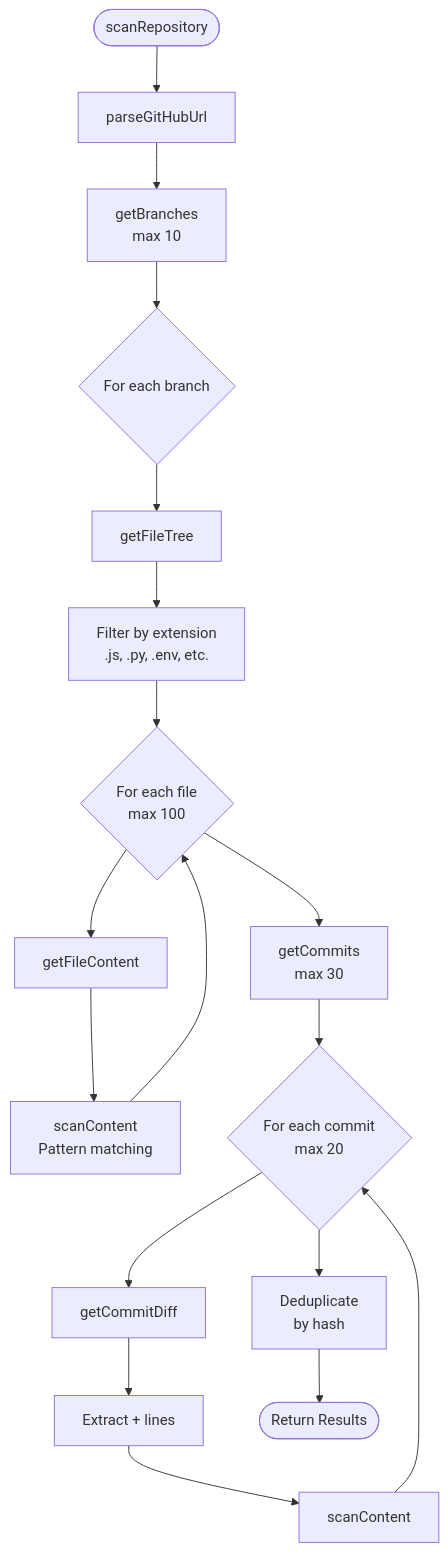
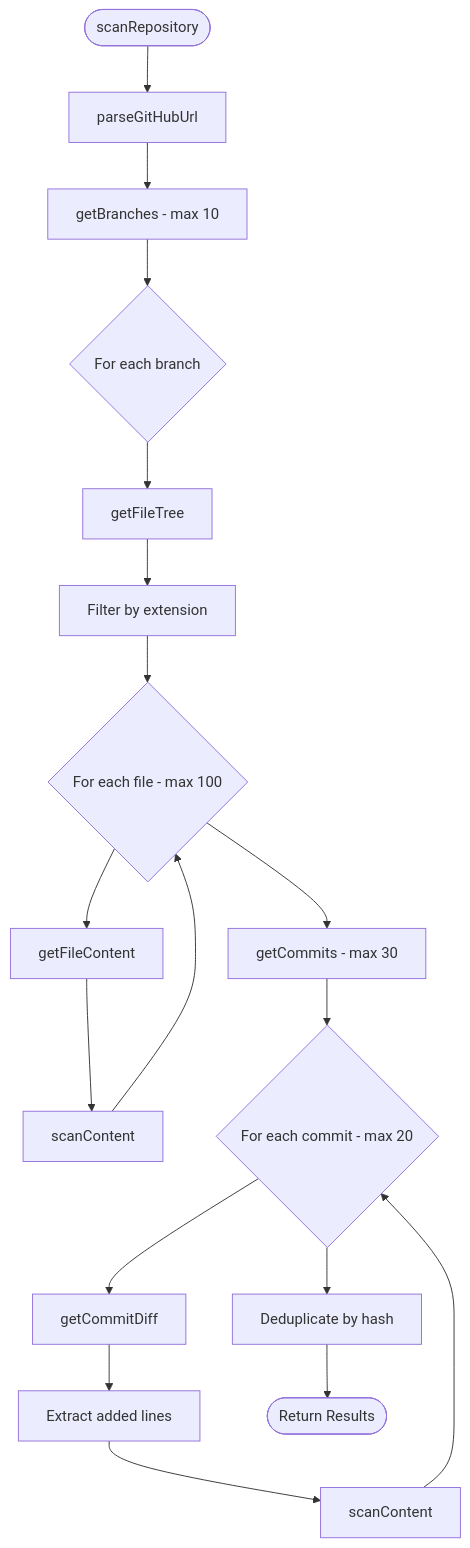
Before and after one commit to alamshoaib134/git-secret-scanner: the fifth of 18 diagrams in architecture/LLD.md, drawn with Mermaid. The commit also changed other lines of this file and 1 other file, not shown here.

First line of the commit message:
Fix Mermaid syntax errors in architecture diagrams

````diff
--- a/architecture/LLD.md
+++ b/architecture/LLD.md
@@ -162,24 +157,24 @@
 ```mermaid
 flowchart TD
-    START([scanRepository]) --> PARSE[parseGitHubUrl]
-    PARSE --> BRANCHES[getBranches<br/>max 10]
+    START(["scanRepository"]) --> PARSE["parseGitHubUrl"]
+    PARSE --> BRANCHES["getBranches - max 10"]
     
-    BRANCHES --> LOOP1{For each branch}
-    LOOP1 --> TREE[getFileTree]
-    TREE --> FILTER[Filter by extension<br/>.js, .py, .env, etc.]
+    BRANCHES --> LOOP1{"For each branch"}
+    LOOP1 --> TREE["getFileTree"]
+    TREE --> FILTER["Filter by extension"]
     
-    FILTER --> LOOP2{For each file<br/>max 100}
-    LOOP2 --> CONTENT[getFileContent]
-    CONTENT --> SCAN1[scanContent<br/>Pattern matching]
+    FILTER --> LOOP2{"For each file - max 100"}
+    LOOP2 --> CONTENT["getFileContent"]
+    CONTENT --> SCAN1["scanContent"]
     SCAN1 --> LOOP2
     
-    LOOP2 --> COMMITS[getCommits<br/>max 30]
-    COMMITS --> LOOP3{For each commit<br/>max 20}
-    LOOP3 --> DIFF[getCommitDiff]
-    DIFF --> ADDED[Extract + lines]
-    ADDED --> SCAN2[scanContent]
+    LOOP2 --> COMMITS["getCommits - max 30"]
+    COMMITS --> LOOP3{"For each commit - max 20"}
+    LOOP3 --> DIFF["getCommitDiff"]
+    DIFF --> ADDED["Extract added lines"]
+    ADDED --> SCAN2["scanContent"]
     SCAN2 --> LOOP3
     
-    LOOP3 --> DEDUP[Deduplicate<br/>by hash]
-    DEDUP --> RETURN([Return Results])
+    LOOP3 --> DEDUP["Deduplicate by hash"]
+    DEDUP --> RETURN(["Return Results"])
 ```
````
